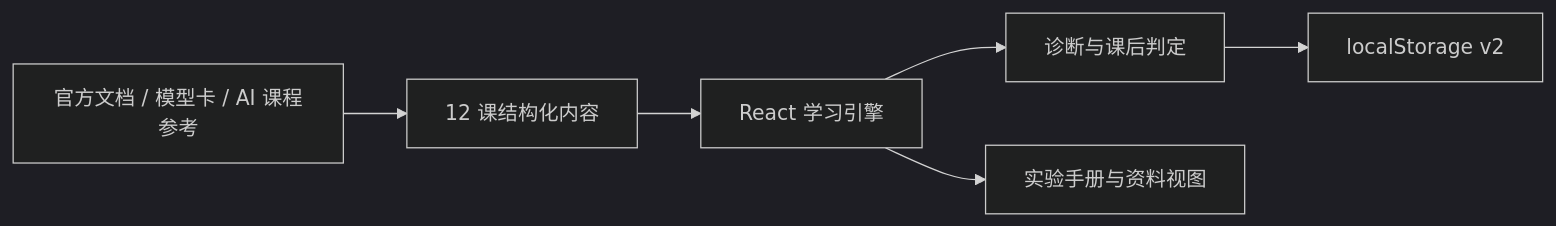
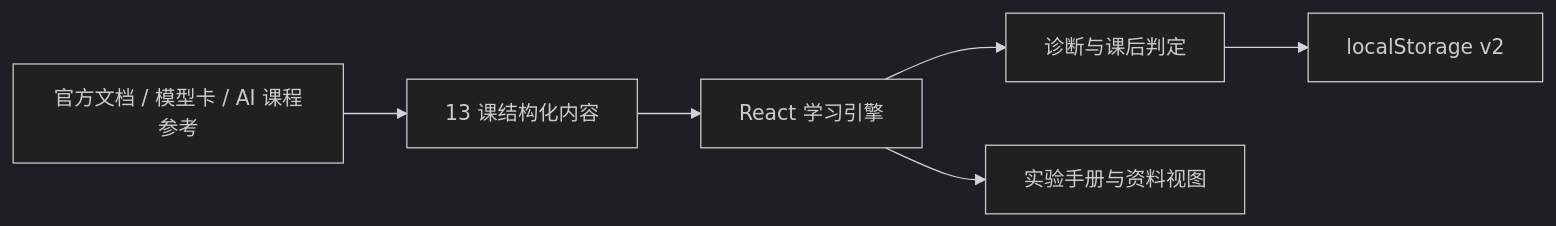
Before and after one commit to ChrysFu-FndVent/hermes-learning-lab: the diagram in DESIGN.md, drawn with Mermaid (dark theme). The commit also changed other lines of this file and 9 other files, not shown here.

````diff
--- a/DESIGN.md
+++ b/DESIGN.md
@@ -50,8 +53,8 @@
 ```mermaid
 flowchart LR
-    A[官方文档 / 模型卡 / AI 课程参考] --> B[12 课结构化内容]
+    A[官方文档 / 模型卡 / AI 课程参考] --> B[13 课结构化内容]
     B --> C[React 学习引擎]
     C --> D[诊断与课后判定]
     D --> E[localStorage v2]
     C --> F[实验手册与资料视图]
 ```
````
